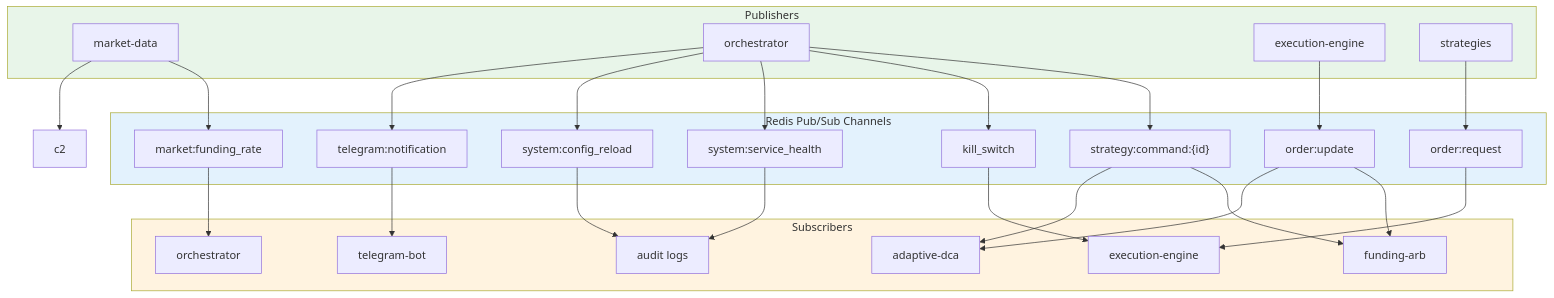
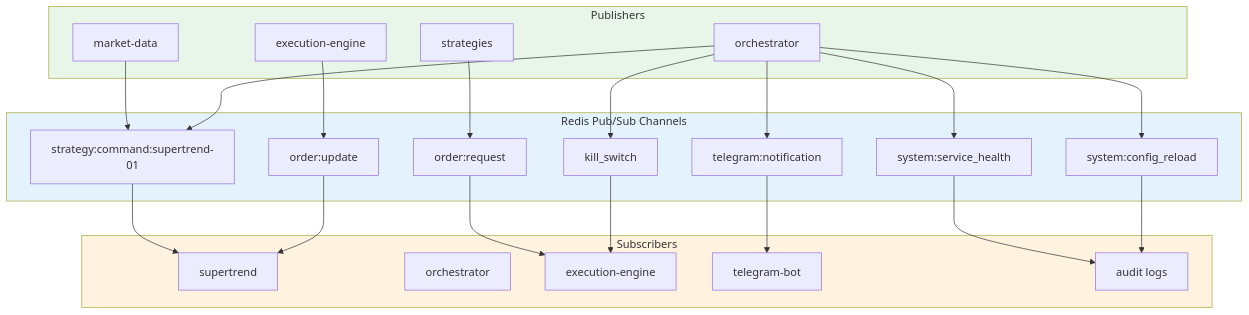
The first of 3 diagrams in docs/architecture/system-overview.md (Justant-source/Bit-Mania), drawn with Mermaid before and after one commit. The commit also changed other lines of this file and 34 other files, not shown here.

````diff
--- a/docs/architecture/system-overview.md
+++ b/docs/architecture/system-overview.md
@@ -105,54 +102,48 @@
 ```mermaid
 graph TB
     subgraph pub["Publishers"]
         md["market-data"]
         orch["orchestrator"]
         exec["execution-engine"]
         strat["strategies"]
     end
     
     subgraph channels["Redis Pub/Sub Channels"]
-        c1["market:funding_rate"]
-        c3["strategy:command:{id}"]
+        c3["strategy:command:supertrend-01"]
         c4["order:request"]
         c5["order:update"]
         c6["kill_switch"]
         c7["system:service_health"]
         c8["system:config_reload"]
         c9["telegram:notification"]
     end
     
     subgraph sub["Subscribers"]
-        fa["funding-arb"]
-        dca["adaptive-dca"]
+        st["supertrend"]
         o2["orchestrator"]
         exec2["execution-engine"]
         tg["telegram-bot"]
         audit["audit logs"]
     end
     
-    md --> c1
-    md --> c2
+    md --> c3
     orch --> c3
     strat --> c4
     exec --> c5
     orch --> c6
     orch --> c7
     orch --> c8
     orch --> c9
     
-    c1 --> o2
-    c3 --> fa
-    c3 --> dca
+    c3 --> st
     c4 --> exec2
-    c5 --> fa
-    c5 --> dca
+    c5 --> st
     c6 --> exec2
     c7 --> audit
     c8 --> audit
     c9 --> tg
     
     style pub fill:#E8F5E9
     style channels fill:#E3F2FD
     style sub fill:#FFF3E0
 ```
````
